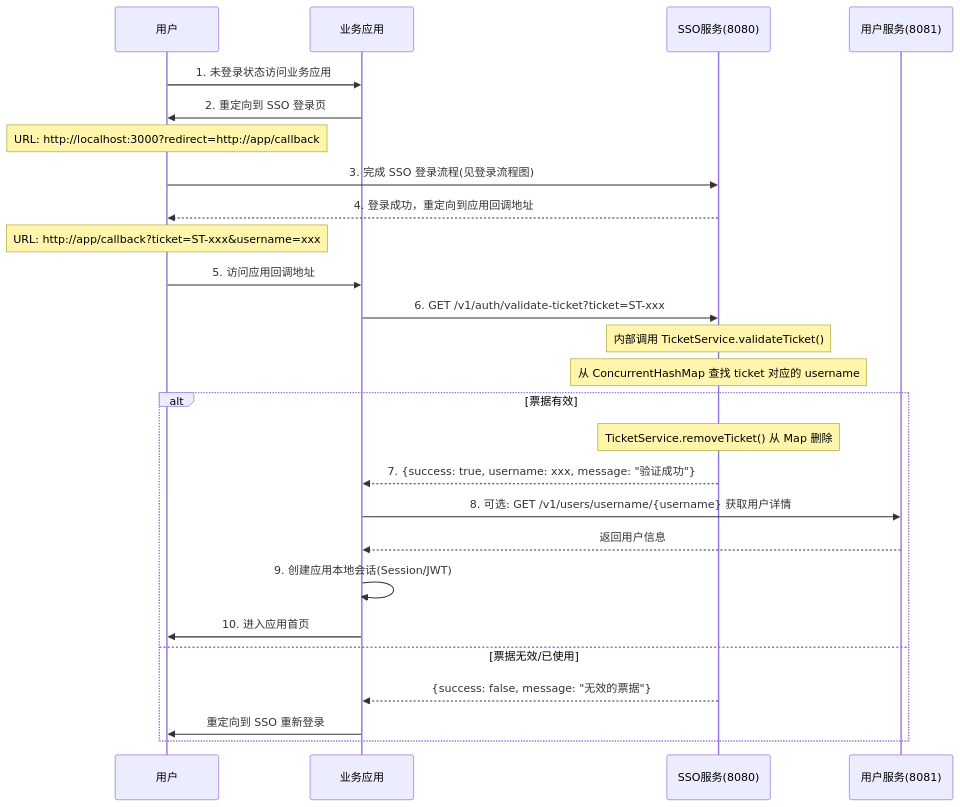
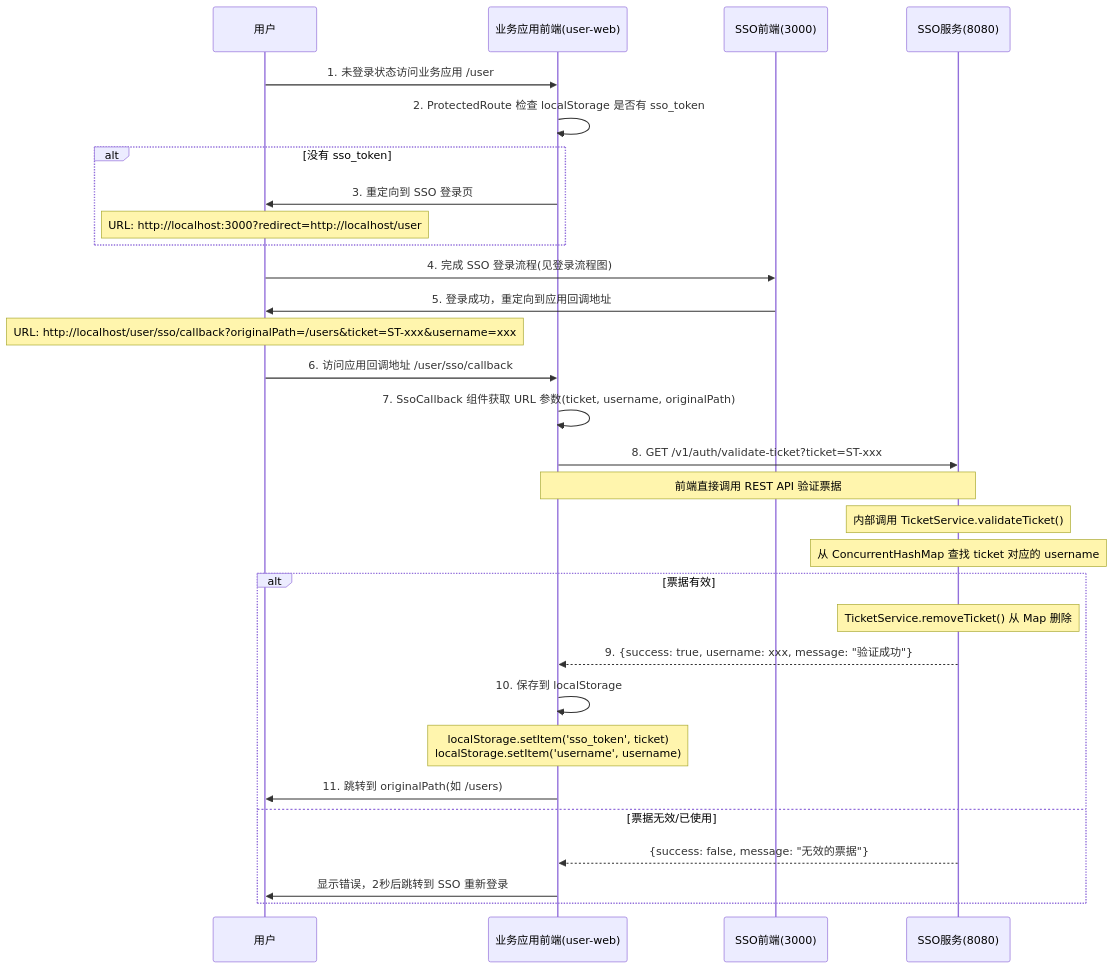
One commit to wb31105/zqzl-traecn changed the ninth of 11 diagrams in docs/BUSINESS_FLOW.md. Above: the diagram before and after it, drawn with Mermaid. The commit also changed other lines of this file and 1 other file, not shown here.

Commit message:
主要是清晰一下当前系统的问题

````diff
--- a/docs/BUSINESS_FLOW.md
+++ b/docs/BUSINESS_FLOW.md
@@ -473,33 +470,38 @@
 ```mermaid
 sequenceDiagram
     participant User as 用户
-    participant App as 业务应用
+    participant App_Web as 业务应用前端(user-web)
+    participant SSO_Web as SSO前端(3000)
     participant SSO_Server as SSO服务(8080)
-    participant User_Server as 用户服务(8081)
 
-    User->>App: 1. 未登录状态访问业务应用
-    App->>User: 2. 重定向到 SSO 登录页
-    Note over User: URL: http://localhost:3000?redirect=http://app/callback
+    User->>App_Web: 1. 未登录状态访问业务应用 /user
+    App_Web->>App_Web: 2. ProtectedRoute 检查 localStorage 是否有 sso_token
+    alt 没有 sso_token
+        App_Web->>User: 3. 重定向到 SSO 登录页
+        Note over User: URL: http://localhost:3000?redirect=http://localhost/user
+    end
     
-    User->>SSO_Server: 3. 完成 SSO 登录流程(见登录流程图)
-    SSO_Server-->>User: 4. 登录成功，重定向到应用回调地址
-    Note over User: URL: http://app/callback?ticket=ST-xxx&username=xxx
+    User->>SSO_Web: 4. 完成 SSO 登录流程(见登录流程图)
+    SSO_Web->>User: 5. 登录成功，重定向到应用回调地址
+    Note over User: URL: http://localhost/user/sso/callback?originalPath=/users&ticket=ST-xxx&username=xxx
     
-    User->>App: 5. 访问应用回调地址
-    App->>SSO_Server: 6. GET /v1/auth/validate-ticket?ticket=ST-xxx
+    User->>App_Web: 6. 访问应用回调地址 /user/sso/callback
+    App_Web->>App_Web: 7. SsoCallback 组件获取 URL 参数(ticket, username, originalPath)
+    
+    App_Web->>SSO_Server: 8. GET /v1/auth/validate-ticket?ticket=ST-xxx
+    Note over App_Web,SSO_Server: 前端直接调用 REST API 验证票据
     
     Note over SSO_Server: 内部调用 TicketService.validateTicket()
     Note over SSO_Server: 从 ConcurrentHashMap 查找 ticket 对应的 username
     
     alt 票据有效
         Note over SSO_Server: TicketService.removeTicket() 从 Map 删除
-        SSO_Server-->>App: 7. {success: true, username: xxx, message: "验证成功"}
-        App->>User_Server: 8. 可选: GET /v1/users/username/{username} 获取用户详情
-        User_Server-->>App: 返回用户信息
-        App->>App: 9. 创建应用本地会话(Session/JWT)
-        App->>User: 10. 进入应用首页
+        SSO_Server-->>App_Web: 9. {success: true, username: xxx, message: "验证成功"}
+        App_Web->>App_Web: 10. 保存到 localStorage
+        Note over App_Web: localStorage.setItem('sso_token', ticket)<br>localStorage.setItem('username', username)
+        App_Web->>User: 11. 跳转到 originalPath(如 /users)
     else 票据无效/已使用
-        SSO_Server-->>App: {success: false, message: "无效的票据"}
-        App->>User: 重定向到 SSO 重新登录
+        SSO_Server-->>App_Web: {success: false, message: "无效的票据"}
+        App_Web->>User: 显示错误，2秒后跳转到 SSO 重新登录
     end
 ```
````
